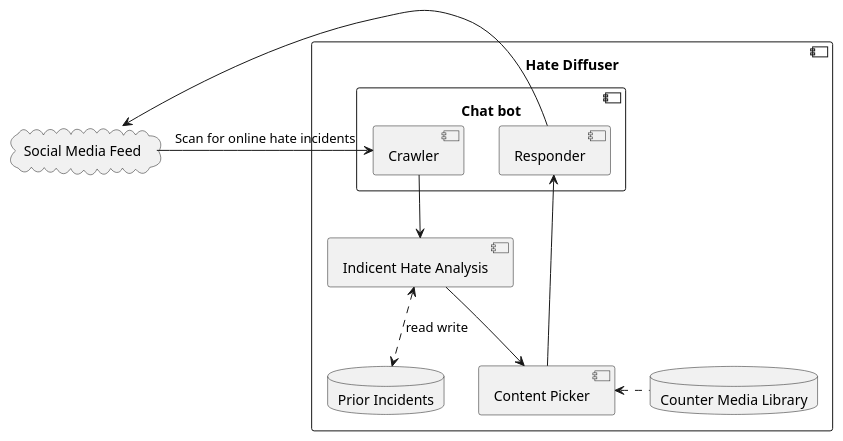
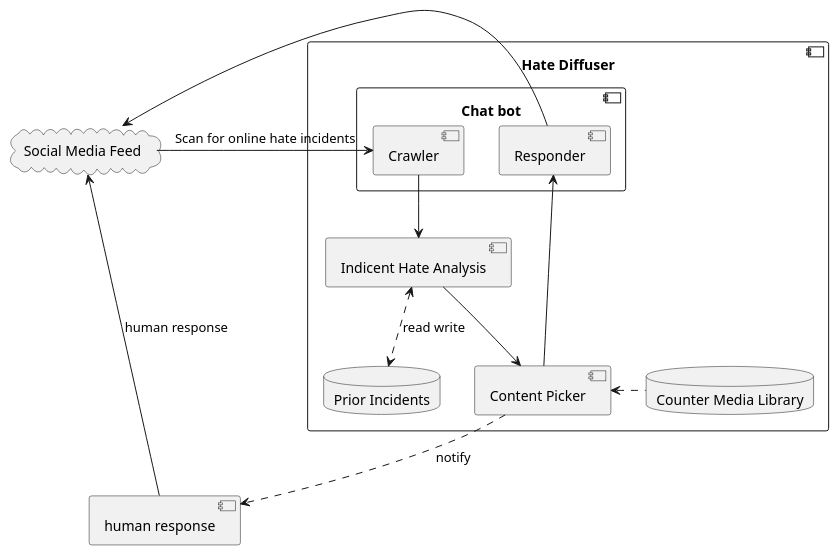
The diagram in doc/highlevel_concept.wsd (aawadall/nccm_hackathon), drawn with PlantUML before and after one commit. The commit also changed 2 other files, not shown here.

```diff
--- a/doc/highlevel_concept.wsd
+++ b/doc/highlevel_concept.wsd
@@ -1,29 +1,32 @@
 @startuml
 
 cloud "Social Media Feed" as SOC 
 component "Hate Diffuser" as MAIN {
     component "Chat bot" as C1 {
         component "Crawler" as C1A 
         component "Responder" as C1B
     }
     'component "Identity Hash" as C2 
     component "Indicent Hate Analysis" as C3
     database "Prior Incidents" as C4
     
     component "Content Picker" as C7 
 
     database "Counter Media Library" as C6
 }
 
+component "human response" as hum 
+
 SOC -right-> C1A : Scan for online hate incidents
 C1B -left-> SOC  
 
 C1A -down-> C3 
-
+C7 ..> hum : notify 
+hum -up-> SOC : human response 
 C3 <..> C4 : read write
 C3 --> C7
 C6 .left-> C7
 
 C7 -up-> C1B 
 
 @enduml
```
